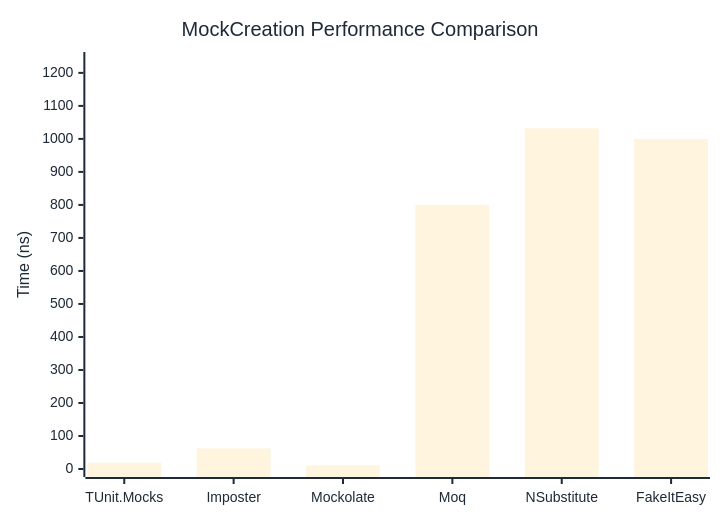
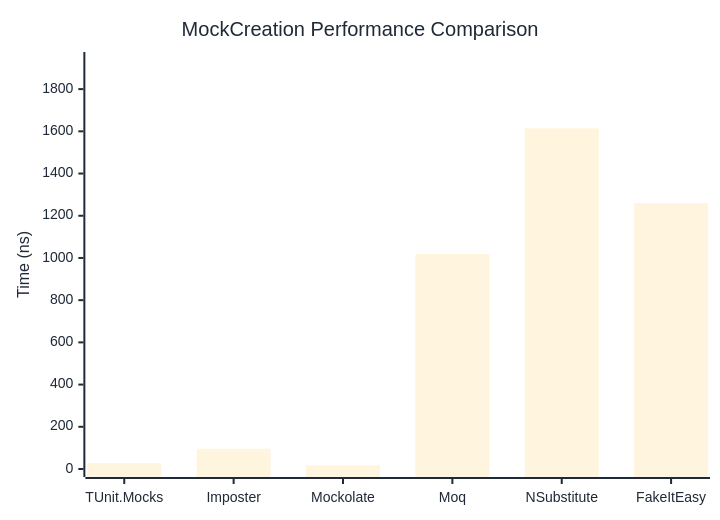
The first of 2 diagrams in docs/docs/benchmarks/mocks/MockCreation.md (thomhurst/TUnit), drawn with Mermaid before and after one commit. The commit also changed other lines of this file and 14 other files, not shown here.

````diff
--- a/docs/docs/benchmarks/mocks/MockCreation.md
+++ b/docs/docs/benchmarks/mocks/MockCreation.md
@@ -30,27 +30,27 @@
 ```mermaid
 %%{init: {
   'theme':'base',
   'themeVariables': {
     'primaryColor': '#2563eb',
     'primaryTextColor': '#1f2937',
     'primaryBorderColor': '#1e40af',
     'lineColor': '#6b7280',
     'secondaryColor': '#7c3aed',
     'tertiaryColor': '#dc2626',
     'background': '#ffffff',
     'pie1': '#2563eb',
     'pie2': '#7c3aed',
     'pie3': '#dc2626',
     'pie4': '#f59e0b',
     'pie5': '#10b981',
     'pie6': '#06b6d4',
     'pie7': '#ec4899',
     'pie8': '#6366f1'
   }
 }}%%
 xychart-beta
   title "MockCreation Performance Comparison"
   x-axis ["TUnit.Mocks", "Imposter", "Mockolate", "Moq", "NSubstitute", "FakeItEasy"]
-  y-axis "Time (ns)" 0 --> 1239
-  bar [19.05, 62.21, 11.09, 799.89, 1031.84, 999.67]
+  y-axis "Time (ns)" 0 --> 1938
+  bar [28.31, 96.21, 17.46, 1018.6, 1614.23, 1260.31]
 ```
````
